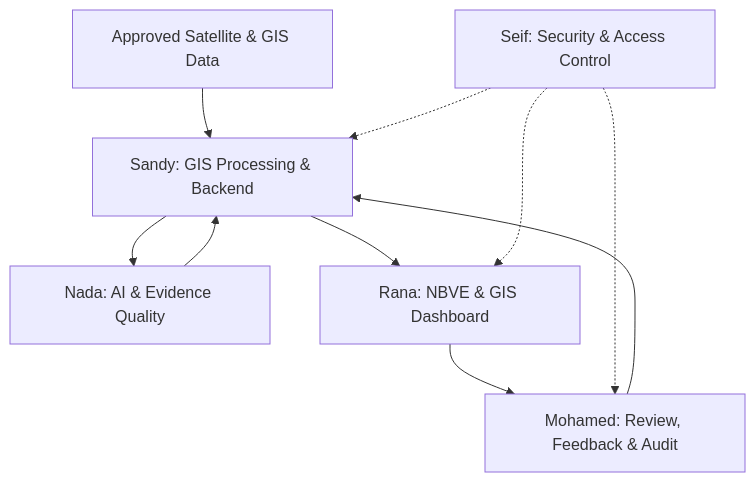
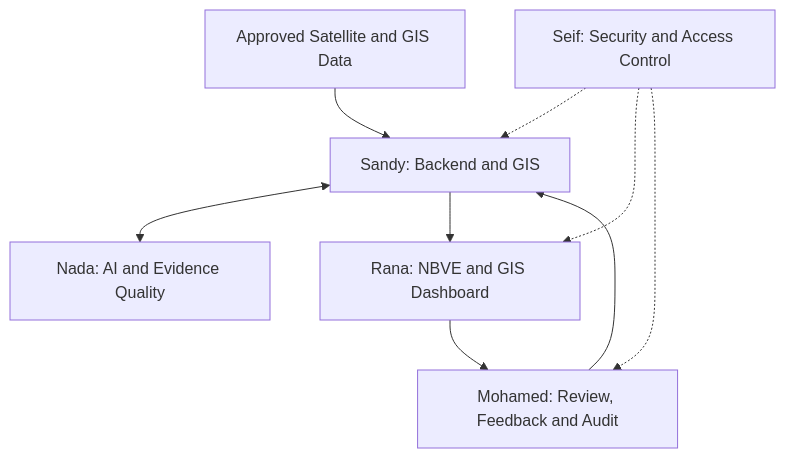
The diagram in docs/architecture/system_architecture.md (Sandy2797/Space-Based-Infrastructure-Intelligence-Platform), drawn with Mermaid before and after one commit. The commit also changed other lines of this file and 5 other files, not shown here.

Commit message:
Update backend GIS documentation and configuration example

````diff
--- a/docs/architecture/system_architecture.md
+++ b/docs/architecture/system_architecture.md
@@ -18,20 +13,19 @@
 ```mermaid
 flowchart TD
-    A["Approved Satellite & GIS Data"]
-    B["Sandy: GIS Processing & Backend"]
-    C["Nada: AI & Evidence Quality"]
-    D["Rana: NBVE & GIS Dashboard"]
-    E["Mohamed: Review, Feedback & Audit"]
-    F["Seif: Security & Access Control"]
+    A["Approved Satellite and GIS Data"]
+    B["Sandy: Backend and GIS"]
+    C["Nada: AI and Evidence Quality"]
+    D["Rana: NBVE and GIS Dashboard"]
+    E["Mohamed: Review, Feedback and Audit"]
+    F["Seif: Security and Access Control"]
 
     A --> B
-    B --> C
-    C --> B
+    B <--> C
     B --> D
     D --> E
     E --> B
 
     F -.-> B
     F -.-> D
     F -.-> E
 ```
````
